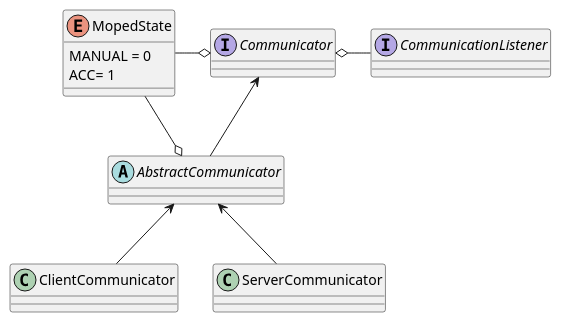
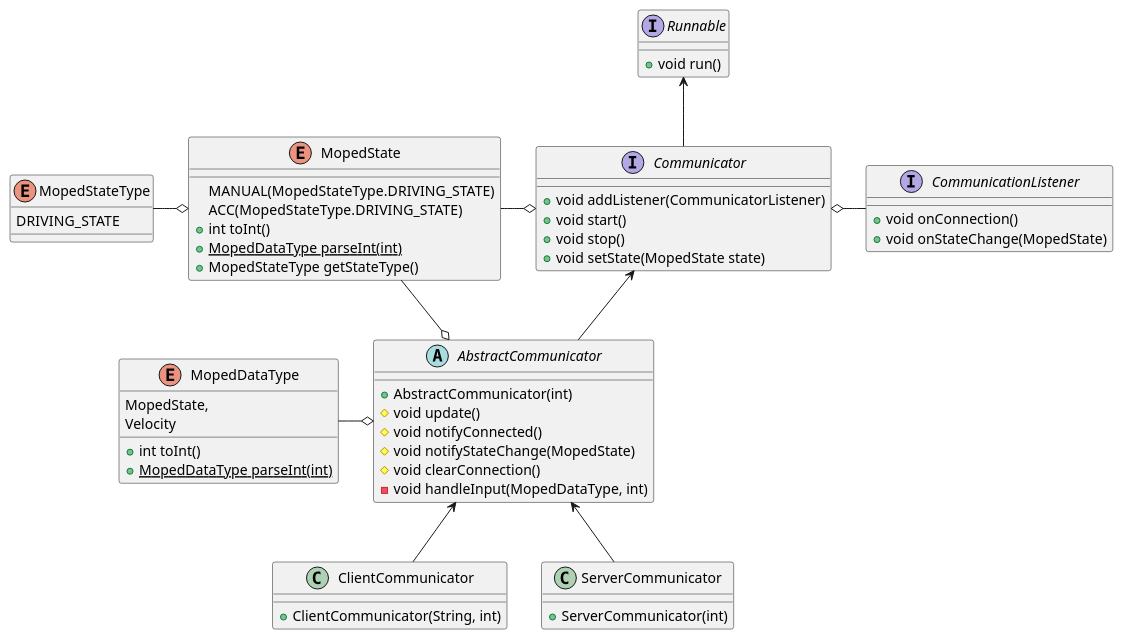
Before and after one commit to felixnorden/moppepojkar: the diagram in src/communication/UML/communcation.puml, drawn with PlantUML.

Commit message:
Updated uml to match codebase

```diff
--- a/src/communication/UML/communcation.puml
+++ b/src/communication/UML/communcation.puml
@@ -1,24 +1,65 @@
 @startuml
 Communicator <-- AbstractCommunicator
 AbstractCommunicator <-- ClientCommunicator
 AbstractCommunicator <-- ServerCommunicator
+Runnable <-- Communicator
 Communicator o- CommunicationListener
 MopedState -o AbstractCommunicator
 MopedState -o Communicator
+MopedDataType -o AbstractCommunicator
+MopedStateType -o MopedState
 
 
-interface Communicator
 
-interface CommunicationListener
+interface Runnable {
+    +void run()
+}
 
-abstract class AbstractCommunicator
+interface Communicator {
+    +void addListener(CommunicatorListener)
+    +void start()
+    +void stop()
+    +void setState(MopedState state)
+}
 
-class ClientCommunicator
+interface CommunicationListener {
+    +void onConnection()
+    +void onStateChange(MopedState)
+}
 
-class ServerCommunicator
+abstract class AbstractCommunicator {
+    +AbstractCommunicator(int)
+    #void update()
+    #void notifyConnected()
+    #void notifyStateChange(MopedState)
+    #void clearConnection()
+    -void handleInput(MopedDataType, int)
+}
+
+class ClientCommunicator {
+    +ClientCommunicator(String, int)
+}
+
+class ServerCommunicator {
+    +ServerCommunicator(int)
+}
 
 Enum MopedState {
-  MANUAL = 0
-  ACC= 1
+    MANUAL(MopedStateType.DRIVING_STATE)
+    ACC(MopedStateType.DRIVING_STATE)
+    +int toInt()
+    {static}+MopedDataType parseInt(int)
+    +MopedStateType getStateType()
+}
+
+Enum MopedDataType {
+    MopedState,
+    Velocity
+    +int toInt()
+    {static}+MopedDataType parseInt(int)
+}
+
+Enum MopedStateType {
+    DRIVING_STATE
 }
 @enduml
```
